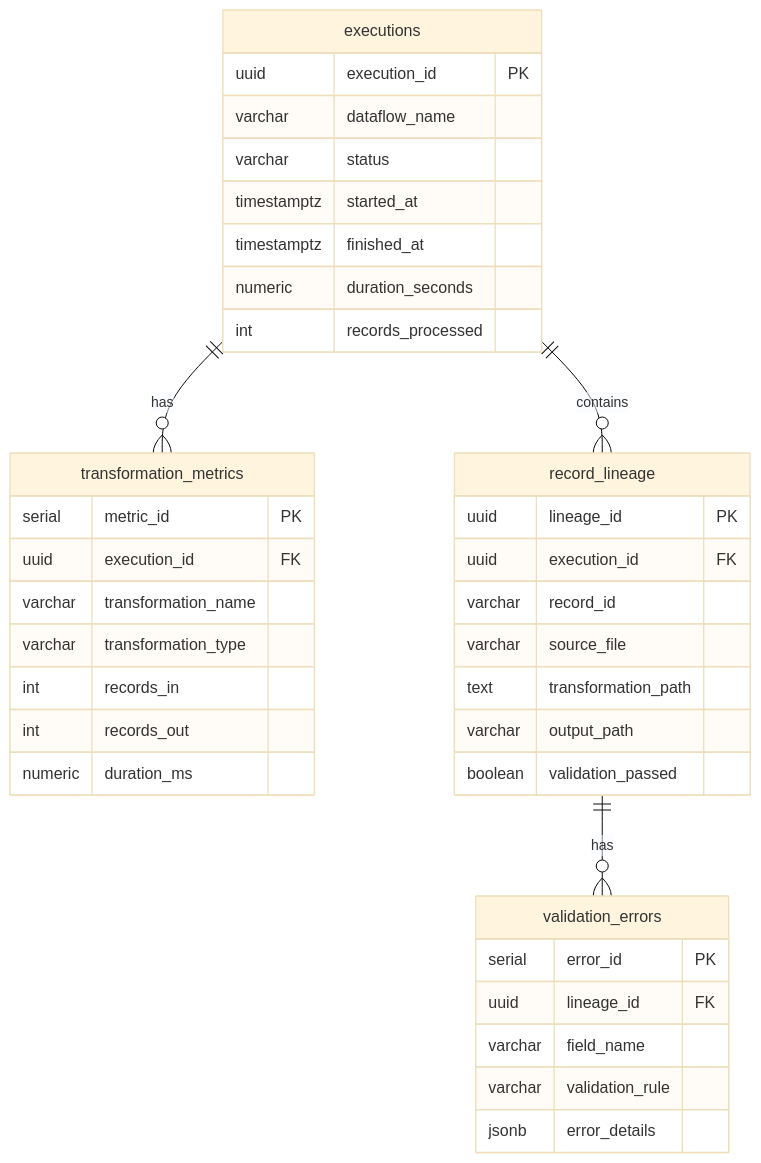
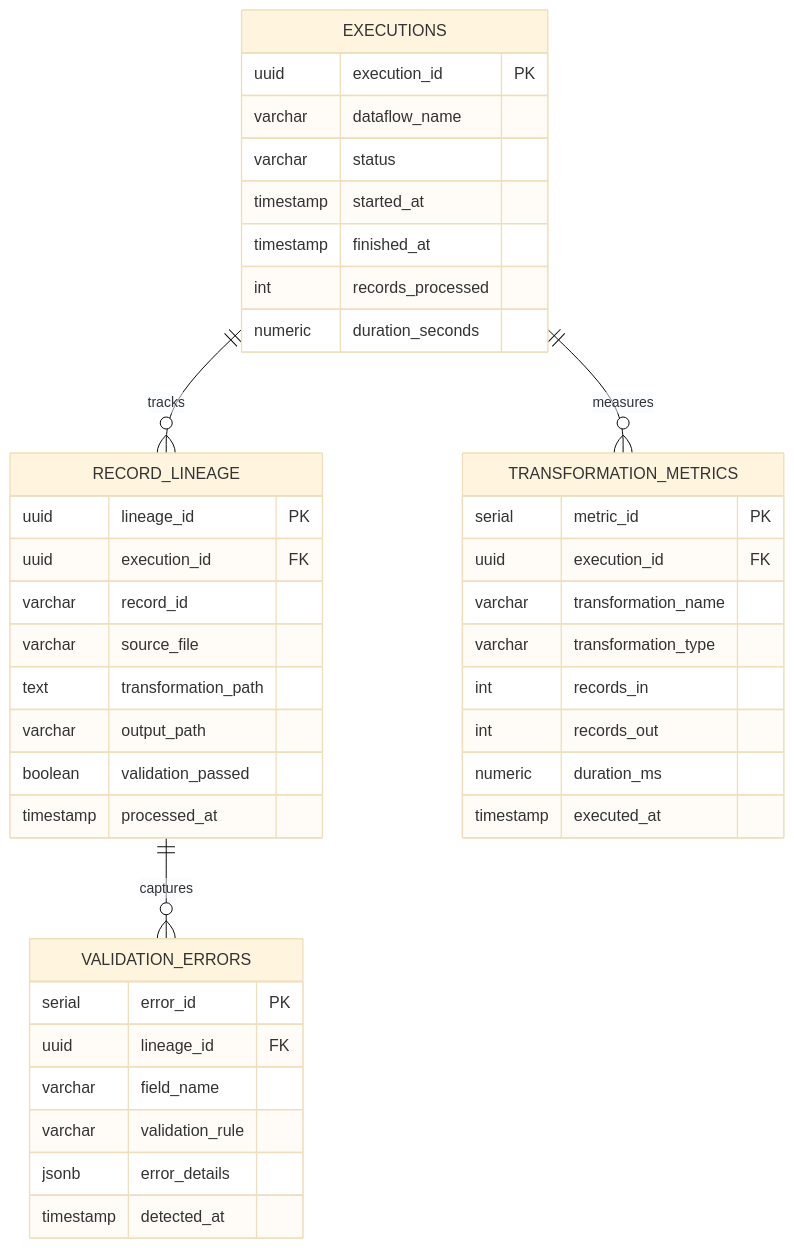
One commit to jsaenz-esquivel/data-test changed the third of 3 diagrams in README.md. Above: the diagram before and after it, drawn with Mermaid (base theme). The commit also changed other lines of this file and 17 other files, not shown here.

````diff
--- a/README.md
+++ b/README.md
@@ -89,44 +289,47 @@
 ```mermaid
 erDiagram
-    executions ||--o{ transformation_metrics : has
-    executions ||--o{ record_lineage : contains
-    record_lineage ||--o{ validation_errors : has
-
-    executions {
+    EXECUTIONS ||--o{ RECORD_LINEAGE : tracks
+    EXECUTIONS ||--o{ TRANSFORMATION_METRICS : measures
+    RECORD_LINEAGE ||--o{ VALIDATION_ERRORS : captures
+    
+    EXECUTIONS {
         uuid execution_id PK
         varchar dataflow_name
         varchar status
-        timestamptz started_at
-        timestamptz finished_at
+        timestamp started_at
+        timestamp finished_at
+        int records_processed
         numeric duration_seconds
-        int records_processed
     }
-
-    transformation_metrics {
+    
+    RECORD_LINEAGE {
+        uuid lineage_id PK
+        uuid execution_id FK
+        varchar record_id
+        varchar source_file
+        text transformation_path
+        varchar output_path
+        boolean validation_passed
+        timestamp processed_at
+    }
+    
+    VALIDATION_ERRORS {
+        serial error_id PK
+        uuid lineage_id FK
+        varchar field_name
+        varchar validation_rule
+        jsonb error_details
+        timestamp detected_at
+    }
+    
+    TRANSFORMATION_METRICS {
         serial metric_id PK
         uuid execution_id FK
         varchar transformation_name
         varchar transformation_type
         int records_in
         int records_out
         numeric duration_ms
-    }
-
-    record_lineage {
-        uuid lineage_id PK
-        uuid execution_id FK
-        varchar record_id
-        varchar source_file
-        text transformation_path
-        varchar output_path
-        boolean validation_passed
-    }
-
-    validation_errors {
-        serial error_id PK
-        uuid lineage_id FK
-        varchar field_name
-        varchar validation_rule
-        jsonb error_details
+        timestamp executed_at
     }
 ```
````
